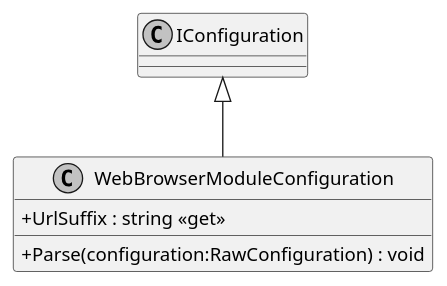
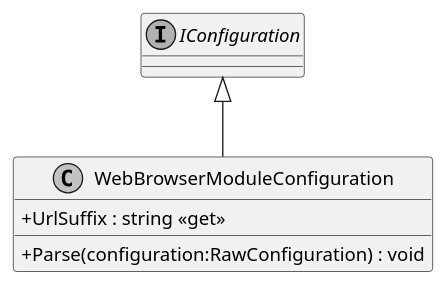
One commit to insightmind/MORR changed the diagram in documents/sd/plantuml/application/Modules/WebBrowser/WebBrowserModuleConfiguration.puml. Above: the diagram before and after it, drawn with PlantUML. The commit also changed 1 other file, not shown here.

```diff
--- a/documents/sd/plantuml/application/Modules/WebBrowser/WebBrowserModuleConfiguration.puml
+++ b/documents/sd/plantuml/application/Modules/WebBrowser/WebBrowserModuleConfiguration.puml
@@ -1,9 +1,10 @@
 @startuml
 skinparam monochrome true
 skinparam ClassAttributeIconSize 0
 class WebBrowserModuleConfiguration {
     + UrlSuffix : string <<get>>
     + Parse(configuration:RawConfiguration) : void
 }
+interface IConfiguration
 IConfiguration <|-- WebBrowserModuleConfiguration
 @enduml
```
